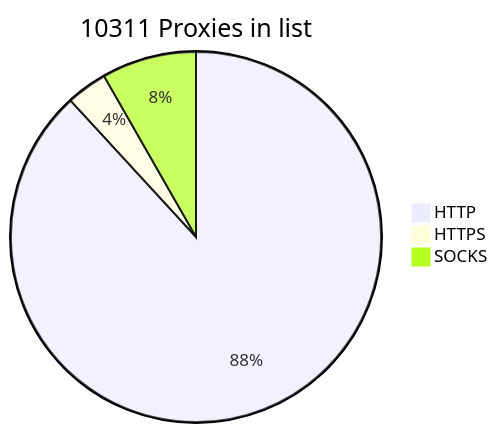
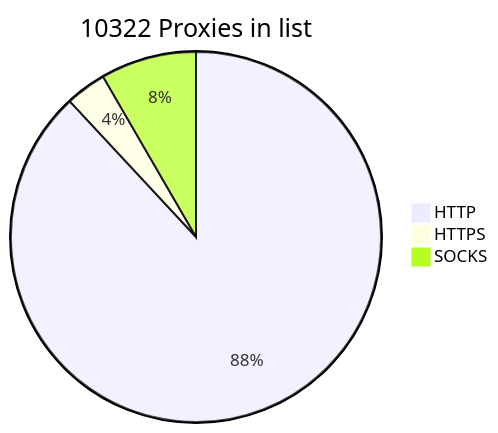
Before and after one commit to BlackSnowDot/proxylist-update-every-minute: the diagram in README.md, drawn with Mermaid.

````diff
--- a/README.md
+++ b/README.md
@@ -2,6 +2,6 @@
 ```mermaid
-pie title 10311 Proxies in list
+pie title 10322 Proxies in list
     "HTTP" : 9091
     "HTTPS": 368
-    "SOCKS" : 852
+    "SOCKS" : 863
 ```
````
